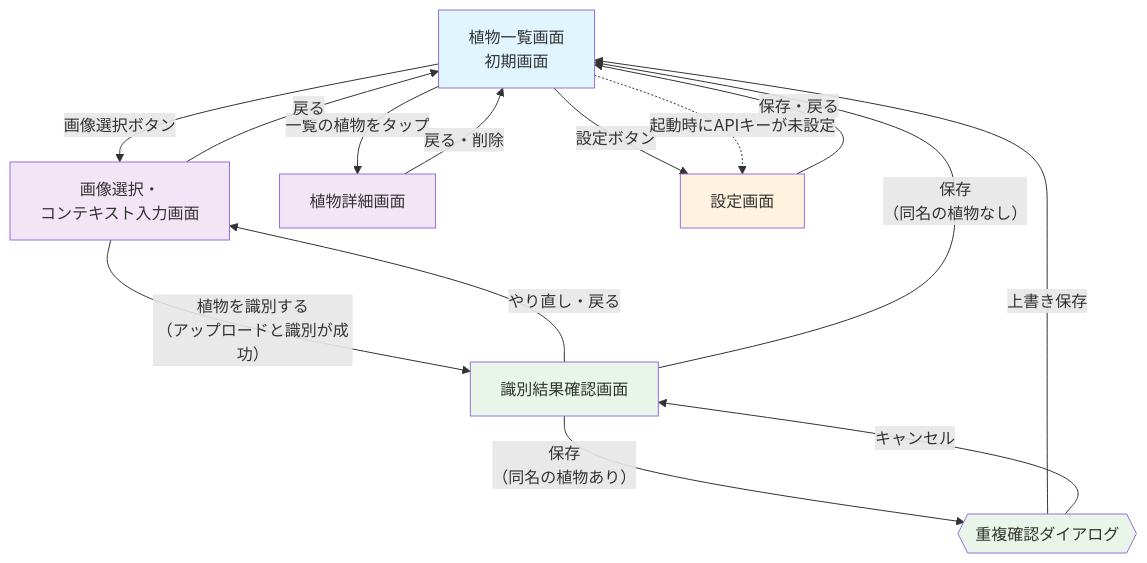
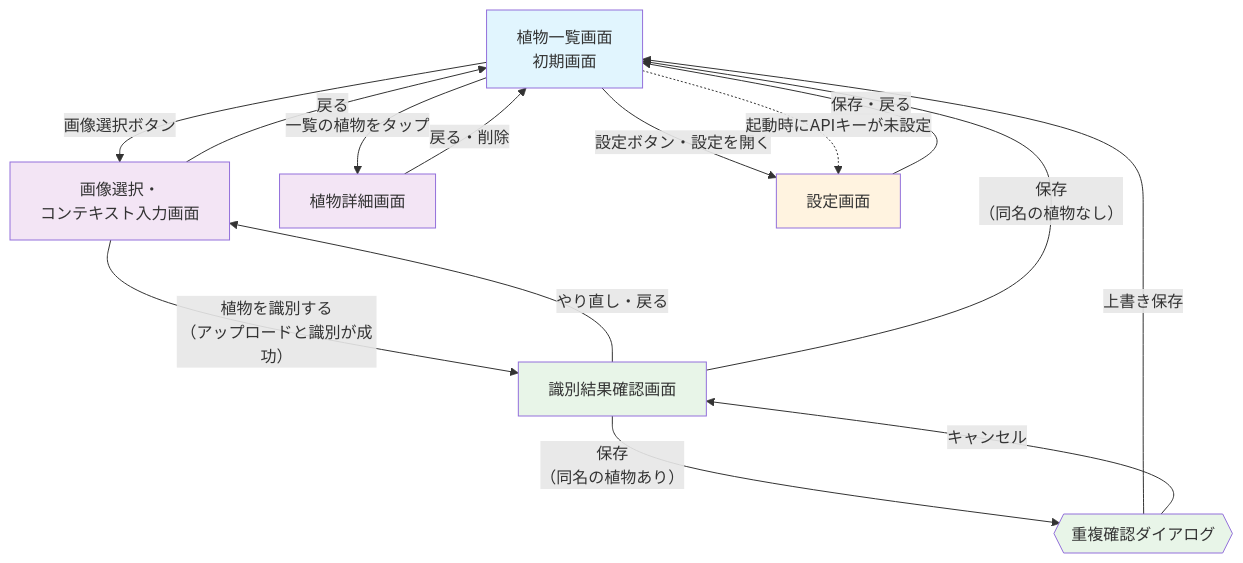
The diagram in docs/03_screen_design.md (nmasashi/snaplant), drawn with Mermaid before and after one commit. The commit also changed other lines of this file and 3 other files, not shown here.

````diff
--- a/docs/03_screen_design.md
+++ b/docs/03_screen_design.md
@@ -20,29 +20,29 @@
 ```mermaid
 flowchart TD
     A[植物一覧画面<br/>初期画面] -->|画像選択ボタン| B[画像選択・<br/>コンテキスト入力画面]
     A -->|一覧の植物をタップ| C[植物詳細画面]
-    A -->|設定ボタン| G[設定画面]
+    A -->|設定ボタン・設定を開く| G[設定画面]
     A -.->|起動時にAPIキーが未設定| G
 
     B -->|植物を識別する<br/>（アップロードと識別が成功）| E[識別結果確認画面]
     B -->|戻る| A
     E -->|やり直し・戻る| B
     E -->|保存<br/>（同名の植物なし）| A
     E -->|保存<br/>（同名の植物あり）| F{{重複確認ダイアログ}}
     F -->|上書き保存| A
     F -->|キャンセル| E
 
     C -->|戻る・削除| A
     G -->|保存・戻る| A
 
     %% スタイル設定
     classDef startScreen fill:#e1f5fe
     classDef processScreen fill:#f3e5f5
     classDef resultScreen fill:#e8f5e8
     classDef settingScreen fill:#fff3e0
 
     class A startScreen
     class B,C processScreen
     class E,F resultScreen
     class G settingScreen
 ```
````
